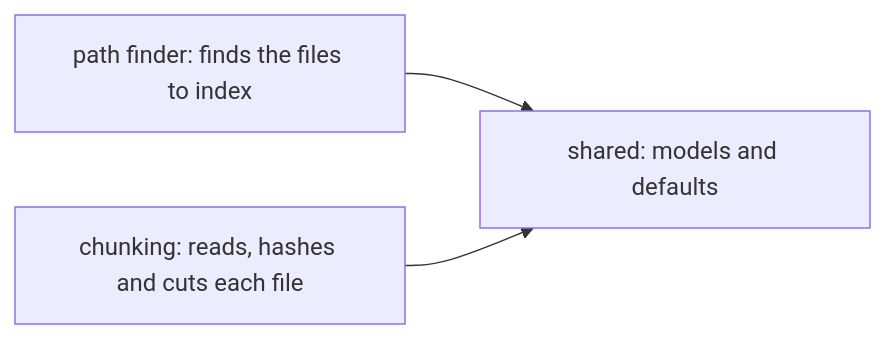
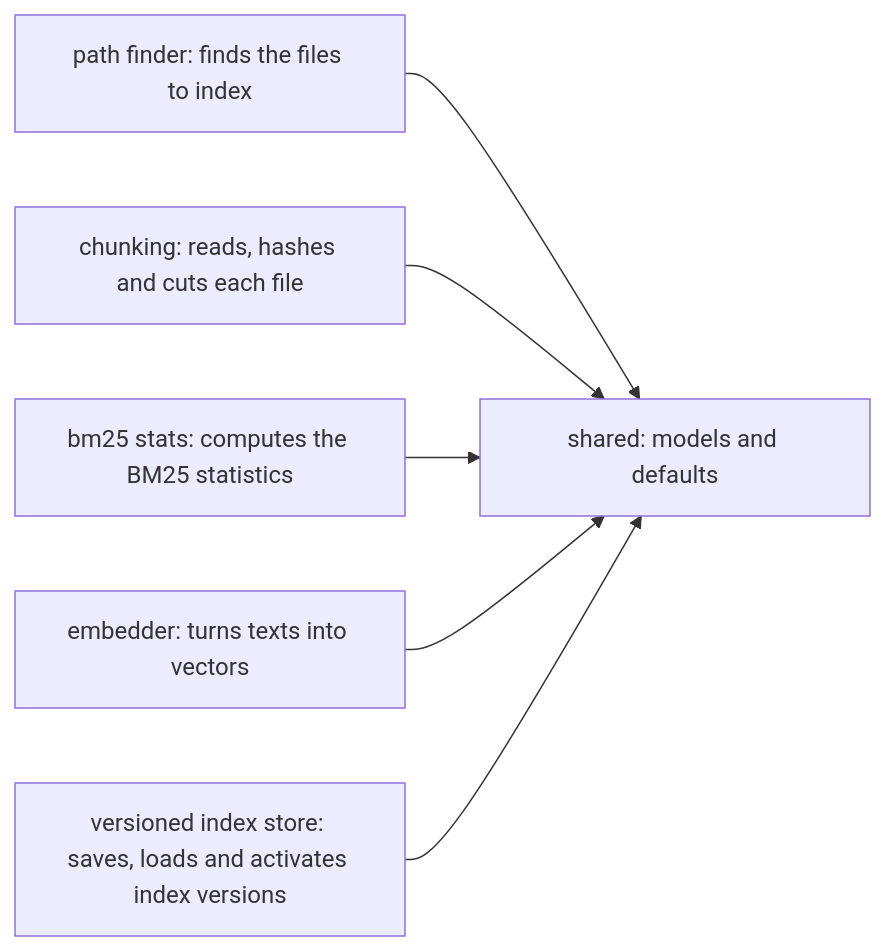
The diagram in block_division.md (FNYRD/RAG-against-the-machine-), drawn with Mermaid before and after one commit. The commit also changed other lines of this file and 3 other files, not shown here.

````diff
--- a/block_division.md
+++ b/block_division.md
@@ -28,8 +46,14 @@
 ```mermaid
 flowchart LR
     shared[shared: models and defaults]
     pathfinder[path finder: finds the files to index]
     pathfinder --> shared
     chunking[chunking: reads, hashes and cuts each file]
     chunking --> shared
+    bm25stats[bm25 stats: computes the BM25 statistics]
+    bm25stats --> shared
+    embedder[embedder: turns texts into vectors]
+    embedder --> shared
+    store[versioned index store: saves, loads and activates index versions]
+    store --> shared
 ```
````
